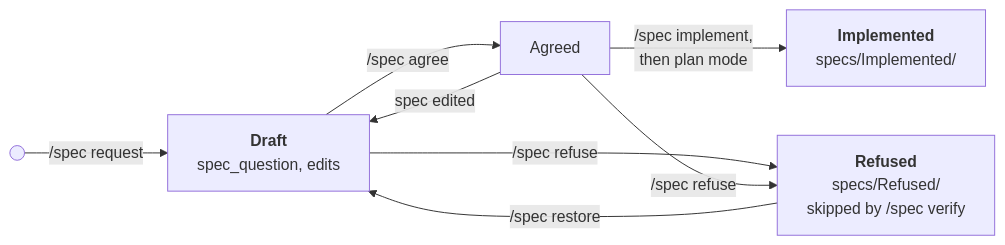
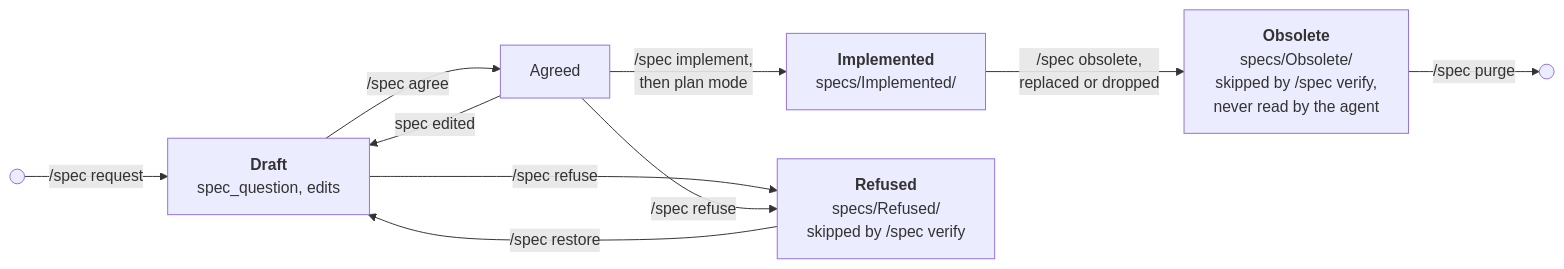
The first of 2 diagrams in README.md (coreyryanhanson/pi-spec-mode), drawn with Mermaid before and after one commit. The commit also changed other lines of this file and 8 other files, not shown here.

First line of the commit message:
feat: mark an implemented spec obsolete and delete obsolete specs with /spec purge

````diff
--- a/README.md
+++ b/README.md
@@ -43,10 +45,12 @@
 ```mermaid
 flowchart LR
     start(( )) -->|/spec request| Draft
     Draft["<b>Draft</b><br/>spec_question, edits"] -->|/spec agree| Agreed
     Agreed -->|spec edited| Draft
     Agreed -->|"/spec implement,<br/>then plan mode"| Implemented["<b>Implemented</b><br/>specs/Implemented/"]
     Draft -->|/spec refuse| Refused
     Agreed -->|/spec refuse| Refused
     Refused["<b>Refused</b><br/>specs/Refused/<br/>skipped by /spec verify"] -->|/spec restore| Draft
+    Implemented -->|"/spec obsolete,<br/>replaced or dropped"| Obsolete["<b>Obsolete</b><br/>specs/Obsolete/<br/>skipped by /spec verify,<br/>never read by the agent"]
+    Obsolete -->|/spec purge| Deleted(( ))
 ```
````
